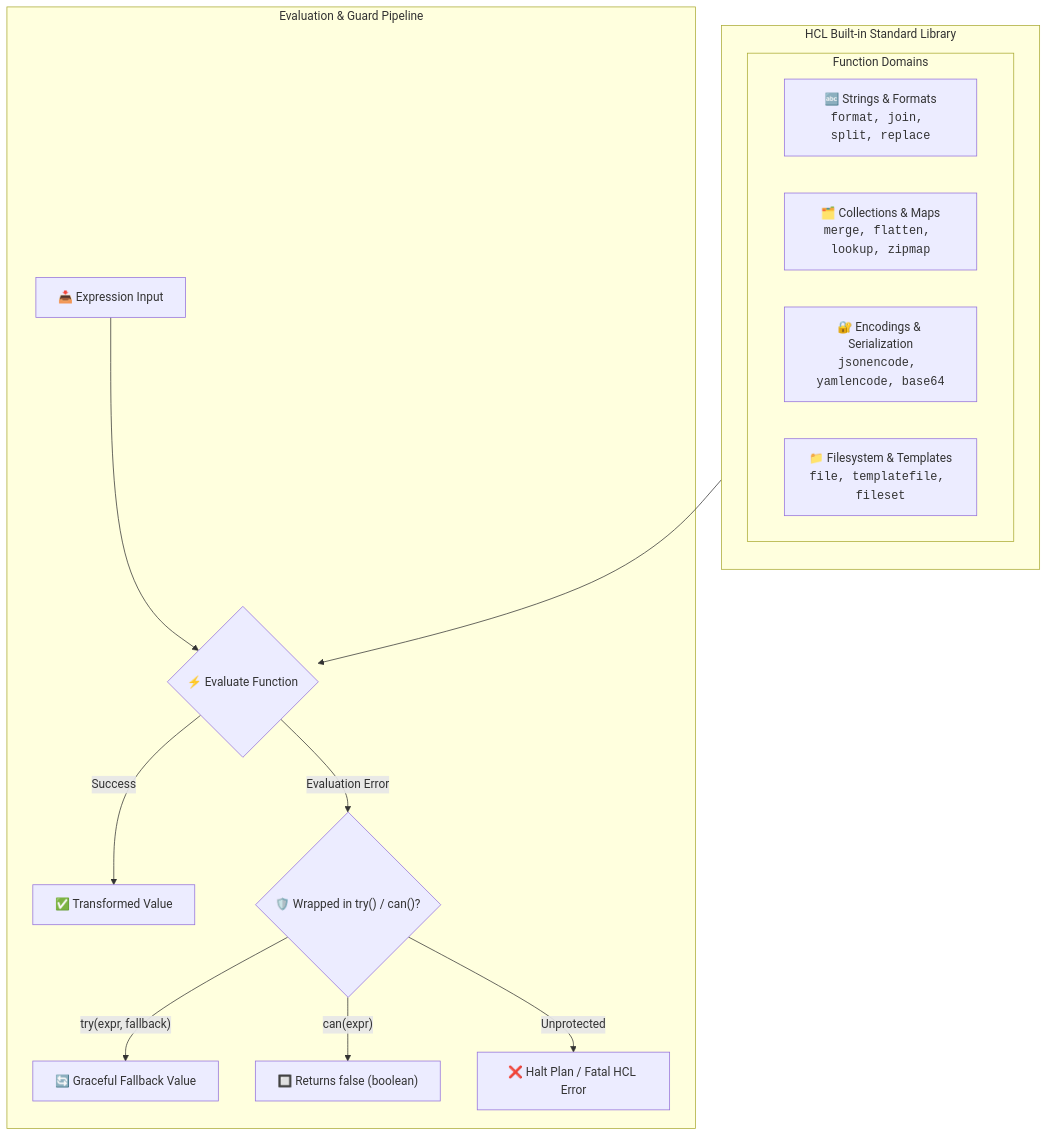
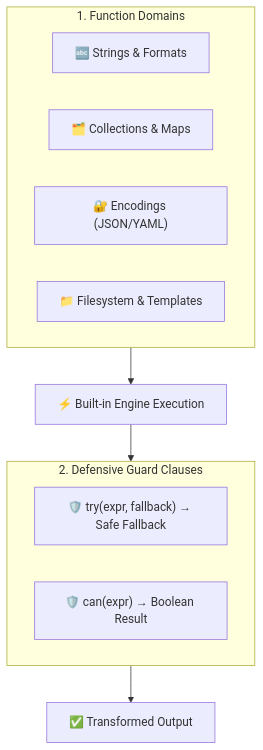
One commit to dnf0/terralings changed the diagram in docs/guides/04-functions.md. Above: the diagram before and after it, drawn with Mermaid. The commit also changed other lines of this file and 18 other files, not shown here.

First line of the commit message:
docs(guides): simplify mermaid diagrams and add conceptual breakdowns (#24)

````diff
--- a/docs/guides/04-functions.md
+++ b/docs/guides/04-functions.md
@@ -17,23 +17,18 @@
 ```mermaid
 flowchart TD
-    subgraph StandardLibrary["HCL Built-in Standard Library"]
-        direction TB
-        subgraph Domains["Function Domains"]
-            Str["🔤 Strings & Formats<br/><code>format, join, split, replace</code>"]
-            Coll["🗂️ Collections & Maps<br/><code>merge, flatten, lookup, zipmap</code>"]
-            Enc["🔐 Encodings & Serialization<br/><code>jsonencode, yamlencode, base64</code>"]
-            FS["📁 Filesystem & Templates<br/><code>file, templatefile, fileset</code>"]
-        end
+    subgraph Domains["1. Function Domains"]
+        Str["🔤 Strings & Formats"]
+        Coll["🗂️ Collections & Maps"]
+        Enc["🔐 Encodings (JSON/YAML)"]
+        FS["📁 Filesystem & Templates"]
     end
 
-    subgraph EvalEngine["Evaluation & Guard Pipeline"]
-        RawExpr["📥 Expression Input"] --> Exec{"⚡ Evaluate Function"}
-        Exec -->|"Success"| Result["✅ Transformed Value"]
-        Exec -->|"Evaluation Error"| GuardCheck{"🛡️ Wrapped in try() / can()?"}
-        GuardCheck -->|"try(expr, fallback)"| Fallback["🔄 Graceful Fallback Value"]
-        GuardCheck -->|"can(expr)"| BoolOut["🔲 Returns false (boolean)"]
-        GuardCheck -->|"Unprotected"| Fatal["❌ Halt Plan / Fatal HCL Error"]
+    subgraph Guards["2. Defensive Guard Clauses"]
+        Try["🛡️ try(expr, fallback) &rarr; Safe Fallback"]
+        Can["🛡️ can(expr) &rarr; Boolean Result"]
     end
 
-    Domains --> Exec
+    Domains --> Execute["⚡ Built-in Engine Execution"]
+    Execute --> Guards
+    Guards --> Result["✅ Transformed Output"]
 ```
````
